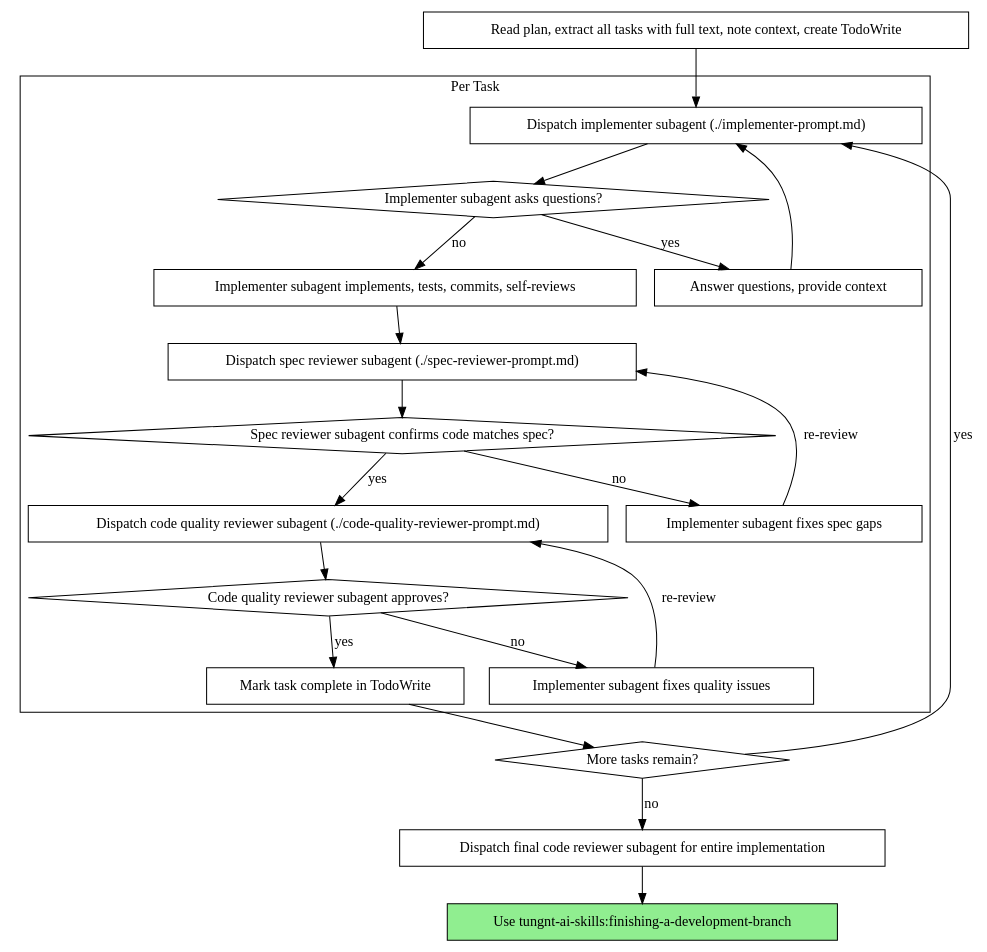
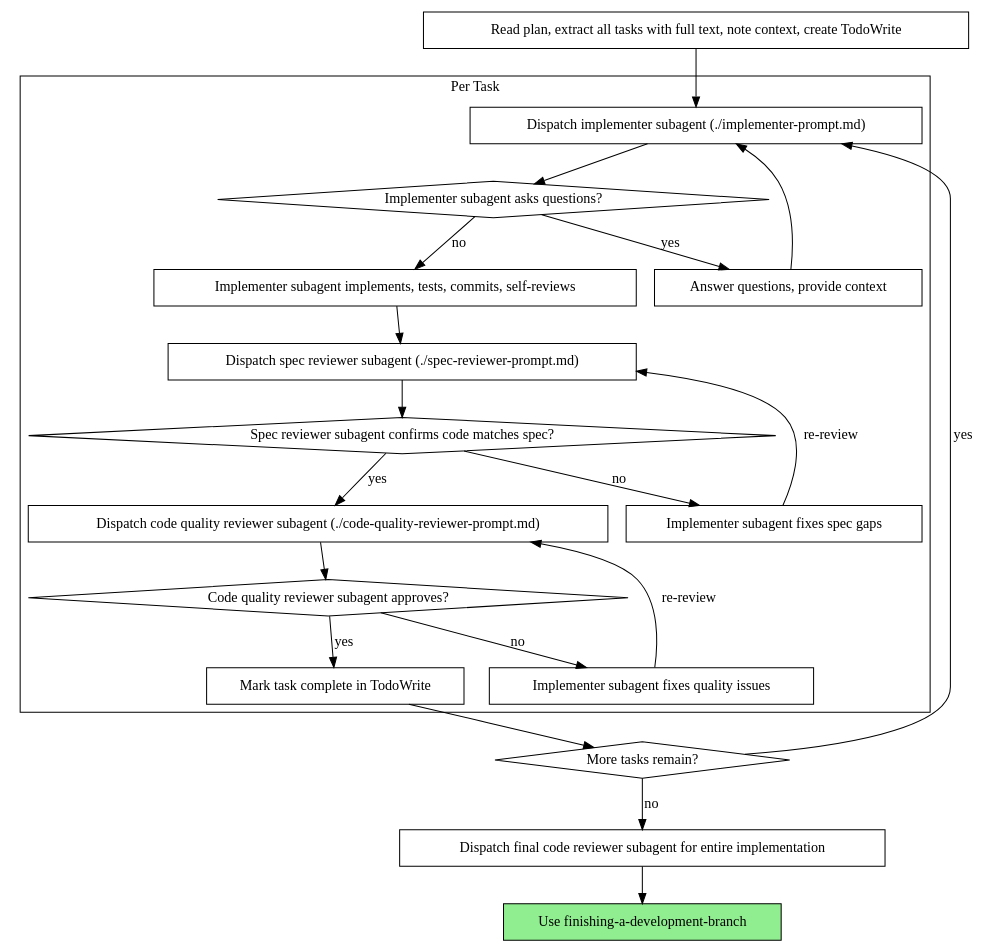
Before and after one commit to tungnt1405/tungnt-ai-skills-marketplace: the second of 2 diagrams in skills/SPS/subagent-driven-development/SKILL.md, drawn with Graphviz. The commit also changed other lines of this file and 30 other files, not shown here.

Commit message:
Refactor and rename Superpowers to Tungnt AI Skills

````diff
--- a/skills/SPS/subagent-driven-development/SKILL.md
+++ b/skills/SPS/subagent-driven-development/SKILL.md
@@ -44,44 +44,44 @@
 ```dot
 digraph process {
     rankdir=TB;
 
     subgraph cluster_per_task {
         label="Per Task";
         "Dispatch implementer subagent (./implementer-prompt.md)" [shape=box];
         "Implementer subagent asks questions?" [shape=diamond];
         "Answer questions, provide context" [shape=box];
         "Implementer subagent implements, tests, commits, self-reviews" [shape=box];
         "Dispatch spec reviewer subagent (./spec-reviewer-prompt.md)" [shape=box];
         "Spec reviewer subagent confirms code matches spec?" [shape=diamond];
         "Implementer subagent fixes spec gaps" [shape=box];
         "Dispatch code quality reviewer subagent (./code-quality-reviewer-prompt.md)" [shape=box];
         "Code quality reviewer subagent approves?" [shape=diamond];
         "Implementer subagent fixes quality issues" [shape=box];
         "Mark task complete in TodoWrite" [shape=box];
     }
 
     "Read plan, extract all tasks with full text, note context, create TodoWrite" [shape=box];
     "More tasks remain?" [shape=diamond];
     "Dispatch final code reviewer subagent for entire implementation" [shape=box];
-    "Use tungnt-ai-skills:finishing-a-development-branch" [shape=box style=filled fillcolor=lightgreen];
+    "Use finishing-a-development-branch" [shape=box style=filled fillcolor=lightgreen];
 
     "Read plan, extract all tasks with full text, note context, create TodoWrite" -> "Dispatch implementer subagent (./implementer-prompt.md)";
     "Dispatch implementer subagent (./implementer-prompt.md)" -> "Implementer subagent asks questions?";
     "Implementer subagent asks questions?" -> "Answer questions, provide context" [label="yes"];
     "Answer questions, provide context" -> "Dispatch implementer subagent (./implementer-prompt.md)";
     "Implementer subagent asks questions?" -> "Implementer subagent implements, tests, commits, self-reviews" [label="no"];
     "Implementer subagent implements, tests, commits, self-reviews" -> "Dispatch spec reviewer subagent (./spec-reviewer-prompt.md)";
     "Dispatch spec reviewer subagent (./spec-reviewer-prompt.md)" -> "Spec reviewer subagent confirms code matches spec?";
     "Spec reviewer subagent confirms code matches spec?" -> "Implementer subagent fixes spec gaps" [label="no"];
     "Implementer subagent fixes spec gaps" -> "Dispatch spec reviewer subagent (./spec-reviewer-prompt.md)" [label="re-review"];
     "Spec reviewer subagent confirms code matches spec?" -> "Dispatch code quality reviewer subagent (./code-quality-reviewer-prompt.md)" [label="yes"];
     "Dispatch code quality reviewer subagent (./code-quality-reviewer-prompt.md)" -> "Code quality reviewer subagent approves?";
     "Code quality reviewer subagent approves?" -> "Implementer subagent fixes quality issues" [label="no"];
     "Implementer subagent fixes quality issues" -> "Dispatch code quality reviewer subagent (./code-quality-reviewer-prompt.md)" [label="re-review"];
     "Code quality reviewer subagent approves?" -> "Mark task complete in TodoWrite" [label="yes"];
     "Mark task complete in TodoWrite" -> "More tasks remain?";
     "More tasks remain?" -> "Dispatch implementer subagent (./implementer-prompt.md)" [label="yes"];
     "More tasks remain?" -> "Dispatch final code reviewer subagent for entire implementation" [label="no"];
-    "Dispatch final code reviewer subagent for entire implementation" -> "Use tungnt-ai-skills:finishing-a-development-branch";
+    "Dispatch final code reviewer subagent for entire implementation" -> "Use finishing-a-development-branch";
 }
 ```
````
